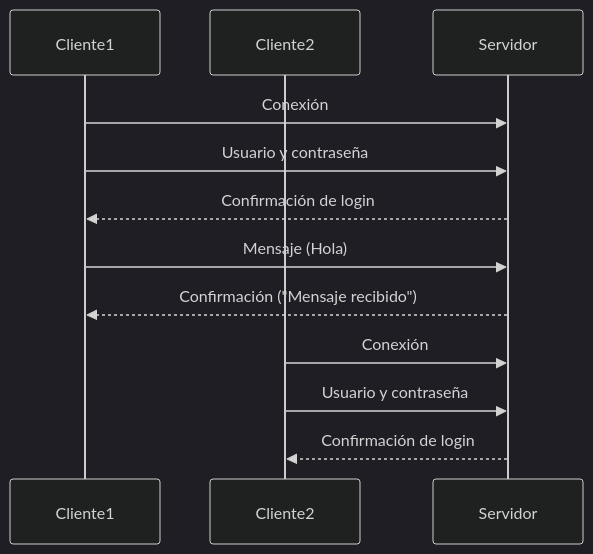
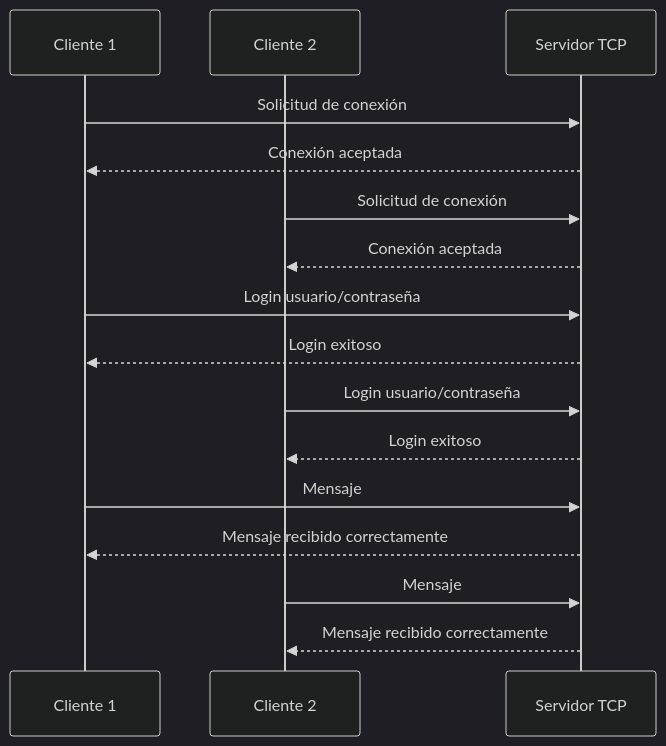
The diagram in README.md (jmoreno08/simulacion-cliente-servidor), drawn with Mermaid (dark theme) before and after one commit. The commit also changed other lines of this file and 20 other files, not shown here.

````diff
--- a/README.md
+++ b/README.md
@@ -68,14 +54,23 @@
 ```mermaid
 sequenceDiagram
-    participant Cliente1
-    participant Cliente2
-    participant Servidor
-    Cliente1->>Servidor: Conexión
-    Cliente1->>Servidor: Usuario y contraseña
-    Servidor-->>Cliente1: Confirmación de login
-    Cliente1->>Servidor: Mensaje (Hola)
-    Servidor-->>Cliente1: Confirmación ("Mensaje recibido")
-    Cliente2->>Servidor: Conexión
-    Cliente2->>Servidor: Usuario y contraseña
-    Servidor-->>Cliente2: Confirmación de login
+    participant C1 as Cliente 1
+    participant C2 as Cliente 2
+    participant S as Servidor TCP
+
+    C1->>S: Solicitud de conexión
+    S-->>C1: Conexión aceptada
+    C2->>S: Solicitud de conexión
+    S-->>C2: Conexión aceptada
+
+    C1->>S: Login usuario/contraseña
+    S-->>C1: Login exitoso
+
+    C2->>S: Login usuario/contraseña
+    S-->>C2: Login exitoso
+
+    C1->>S: Mensaje
+    S-->>C1: Mensaje recibido correctamente
+
+    C2->>S: Mensaje
+    S-->>C2: Mensaje recibido correctamente
 ```
````
